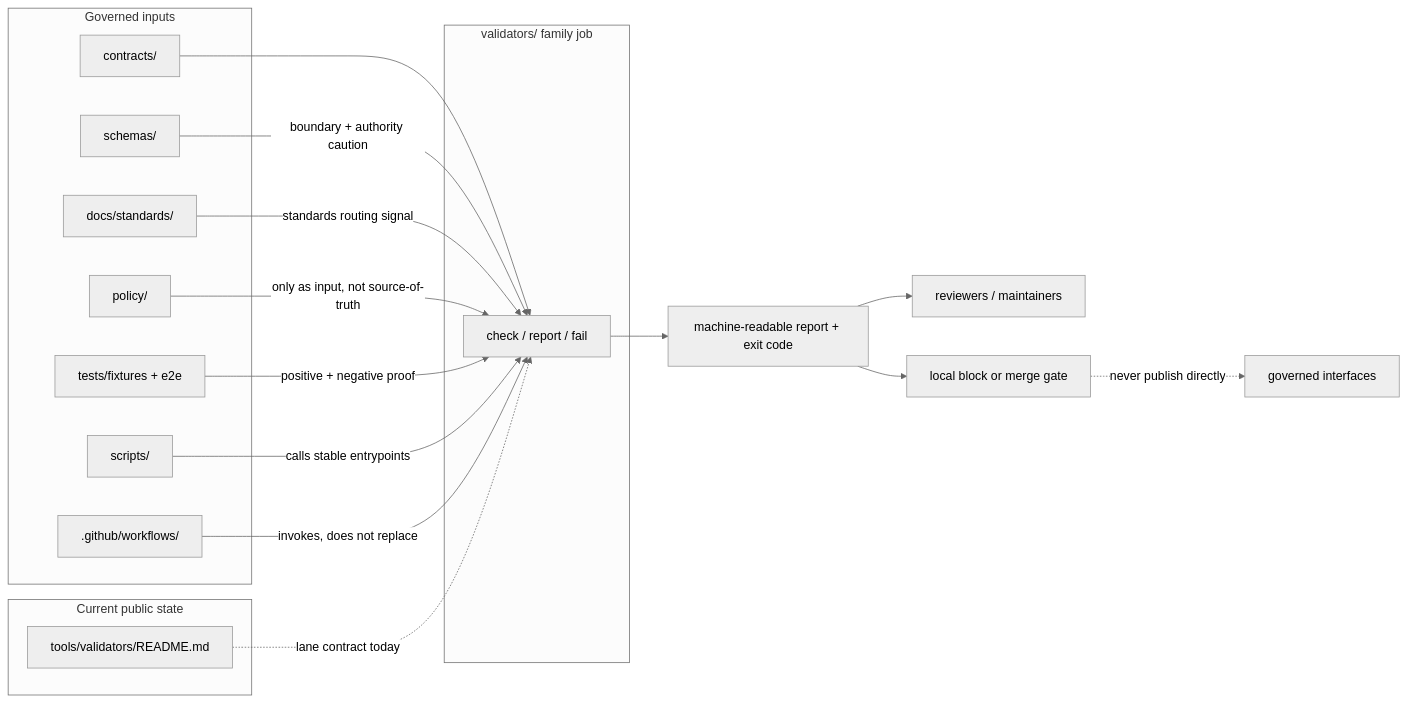
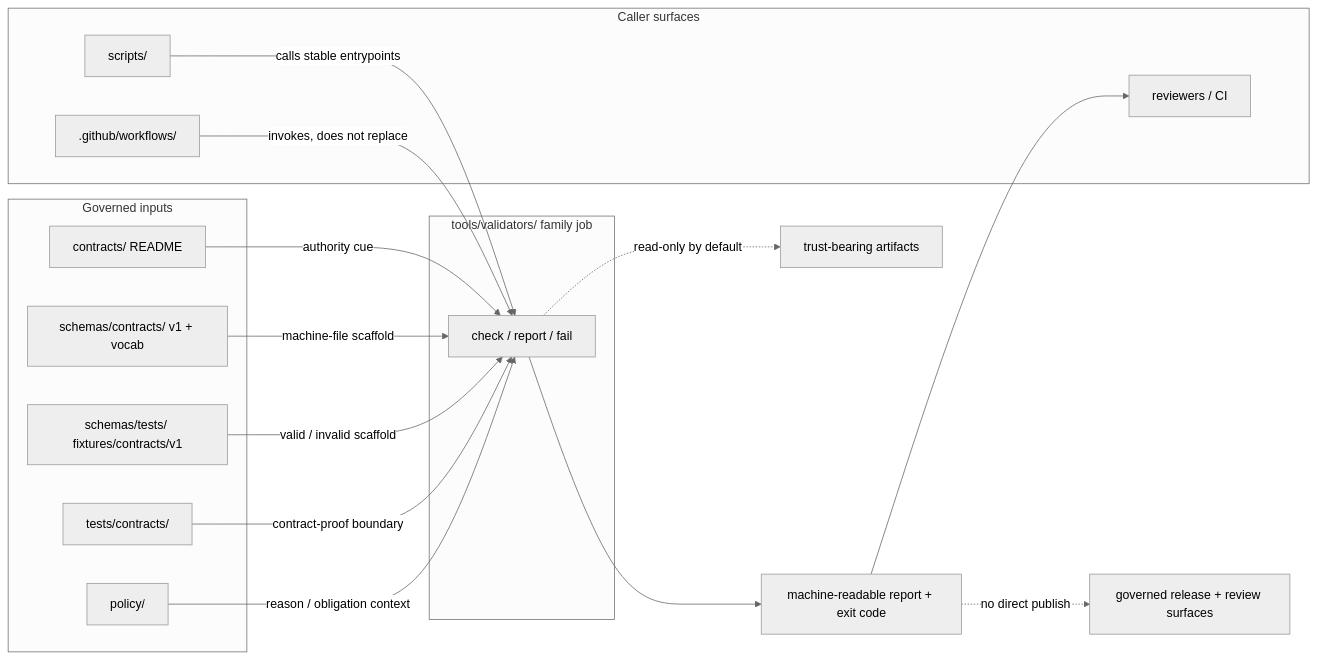
One commit to bartytime4life/Kansas-Frontier-Matrix changed the diagram in tools/validators/README.md. Above: the diagram before and after it, drawn with Mermaid (neutral theme). The commit also changed other lines of this file, not shown here.

````diff
--- a/tools/validators/README.md
+++ b/tools/validators/README.md
@@ -321,35 +425,35 @@
 ```mermaid
 flowchart LR
-    subgraph Current["Current public state"]
-        T["tools/validators/README.md"]
+    subgraph Inputs["Governed inputs"]
+        C["contracts/ README"]
+        SC["schemas/contracts/ v1 + vocab"]
+        STF["schemas/tests/ fixtures/contracts/v1"]
+        TC["tests/contracts/"]
+        P["policy/"]
     end
 
-    subgraph Inputs["Governed inputs"]
-        C["contracts/"]
-        S["schemas/"]
-        DS["docs/standards/"]
-        P["policy/"]
-        TF["tests/fixtures + e2e"]
-        SC["scripts/"]
-        WF[".github/workflows/"]
-    end
-
-    subgraph Target["validators/ family job"]
+    subgraph Validators["tools/validators/ family job"]
         V["check / report / fail"]
     end
 
-    C --> V
-    S -->|"boundary + authority caution"| V
-    DS -->|"standards routing signal"| V
-    P -->|"only as input, not source-of-truth"| V
-    TF -->|"positive + negative proof"| V
-    SC -->|"calls stable entrypoints"| V
-    WF -->|"invokes, does not replace"| V
+    subgraph Callers["Caller surfaces"]
+        S["scripts/"]
+        W[".github/workflows/"]
+        R["reviewers / CI"]
+    end
 
-    V --> R["machine-readable report + exit code"]
-    R --> RV["reviewers / maintainers"]
-    R --> G["local block or merge gate"]
+    C -->|"authority cue"| V
+    SC -->|"machine-file scaffold"| V
+    STF -->|"valid / invalid scaffold"| V
+    TC -->|"contract-proof boundary"| V
+    P -->|"reason / obligation context"| V
 
-    T -. "lane contract today" .-> V
-    G -. "never publish directly" .-> API["governed interfaces"]
+    S -->|"calls stable entrypoints"| V
+    W -->|"invokes, does not replace"| V
+
+    V --> O["machine-readable report + exit code"]
+    O --> R
+
+    V -. "read-only by default" .-> D["trust-bearing artifacts"]
+    O -. "no direct publish" .-> G["governed release + review surfaces"]
 ```
````
